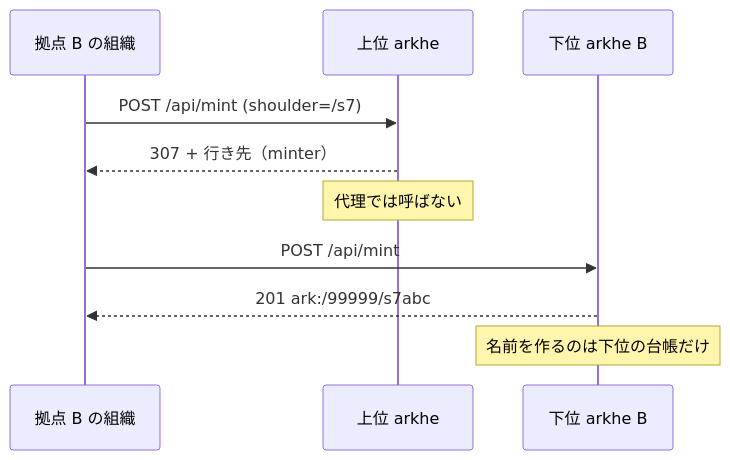
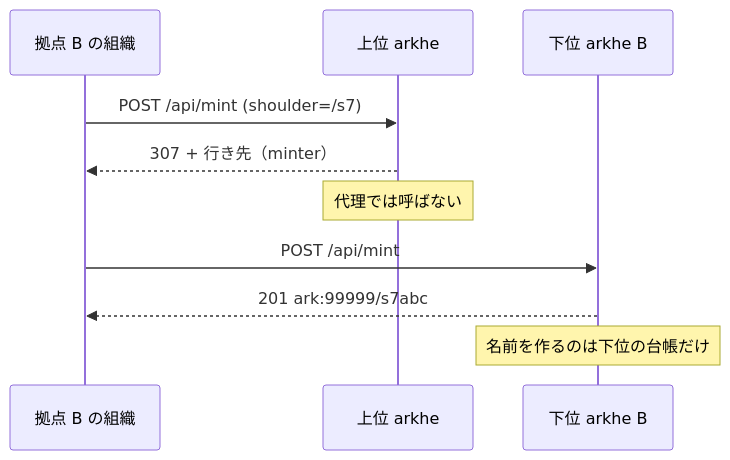
The sixth of 14 diagrams in docs/guides/federation.ja.md (RCOSDP/arkhe), drawn with Mermaid before and after one commit. The commit also changed other lines of this file and 75 other files, not shown here.

````diff
--- a/docs/guides/federation.ja.md
+++ b/docs/guides/federation.ja.md
@@ -139,12 +139,12 @@
 ```mermaid
 sequenceDiagram
     participant O as 拠点 B の組織
     participant T as 上位 arkhe
     participant S as 下位 arkhe B
     O->>T: POST /api/mint (shoulder=/s7)
     T-->>O: 307 + 行き先（minter）
     Note over T: 代理では呼ばない
     O->>S: POST /api/mint
-    S-->>O: 201 ark:/99999/s7abc
+    S-->>O: 201 ark:99999/s7abc
     Note over S: 名前を作るのは下位の台帳だけ
 ```
````
